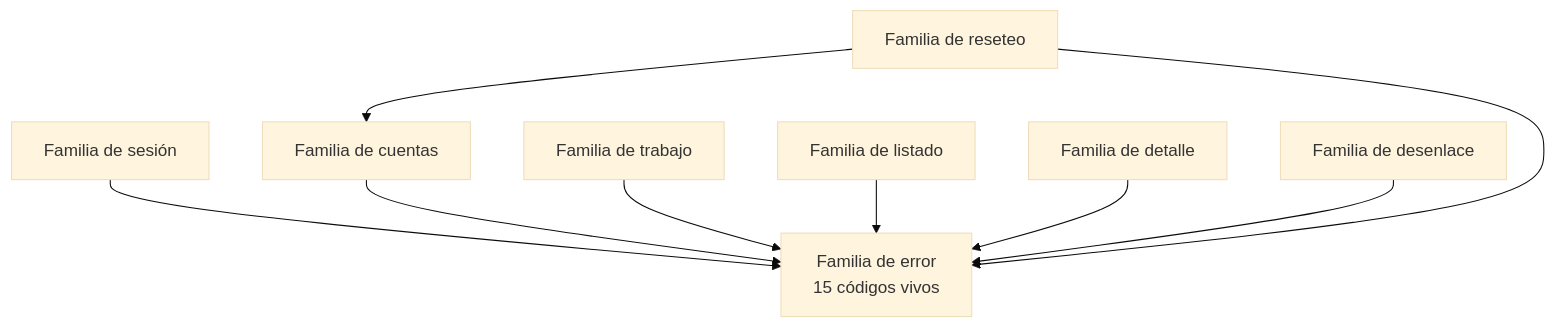
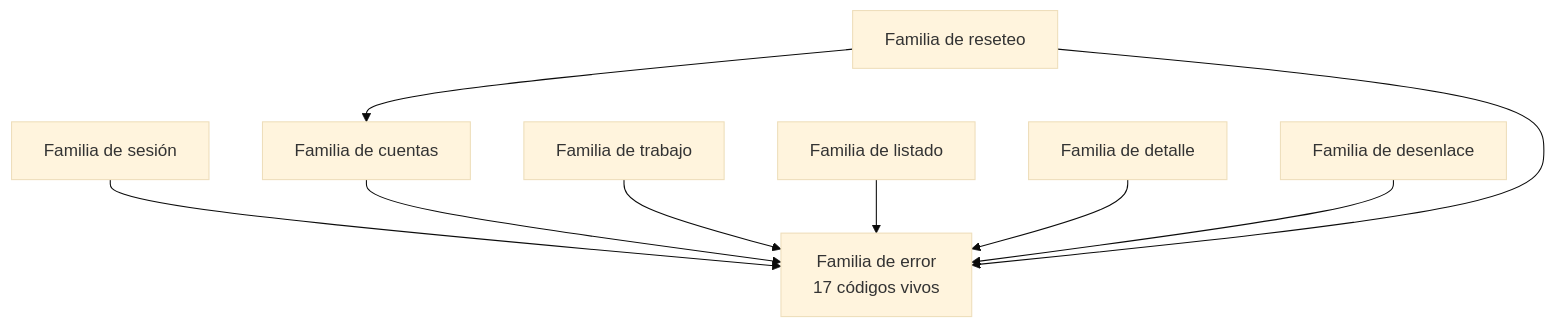
The diagram in SDD/Docs/Proyectos/GeometriaFactory-Contracts/05-Arquitectura-Tecnica/Arquitectura-Proyecto-Codigo.md (hdcm-dev/Lab-Geometria), drawn with Mermaid (base theme) before and after one commit. The commit also changed other lines of this file and 166 other files, not shown here.

````diff
--- a/SDD/Docs/Proyectos/GeometriaFactory-Contracts/05-Arquitectura-Tecnica/Arquitectura-Proyecto-Codigo.md
+++ b/SDD/Docs/Proyectos/GeometriaFactory-Contracts/05-Arquitectura-Tecnica/Arquitectura-Proyecto-Codigo.md
@@ -86,19 +86,19 @@
 ```mermaid
 flowchart TD
     SES["Familia de sesión"]
     CTA["Familia de cuentas"]
     TRA["Familia de trabajo"]
     LIS["Familia de listado"]
     DET["Familia de detalle"]
     DES["Familia de desenlace"]
     RES["Familia de reseteo"]
-    ERR["Familia de error<br/>15 códigos vivos"]
+    ERR["Familia de error<br/>17 códigos vivos"]
     SES --> ERR
     CTA --> ERR
     TRA --> ERR
     LIS --> ERR
     DET --> ERR
     DES --> ERR
     RES --> ERR
     RES --> CTA
 ```
````
